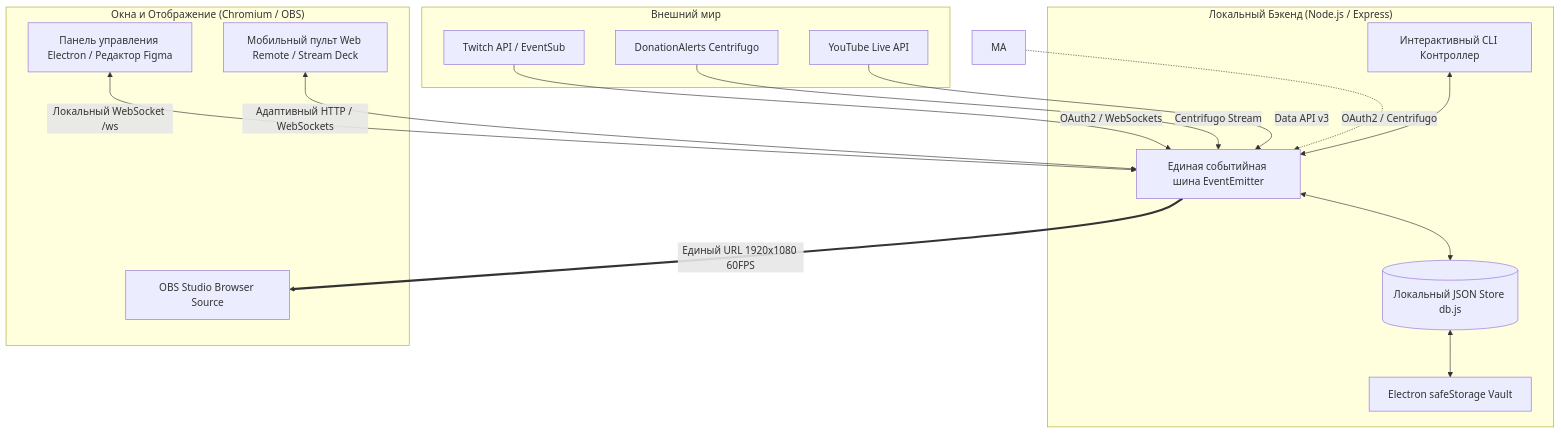
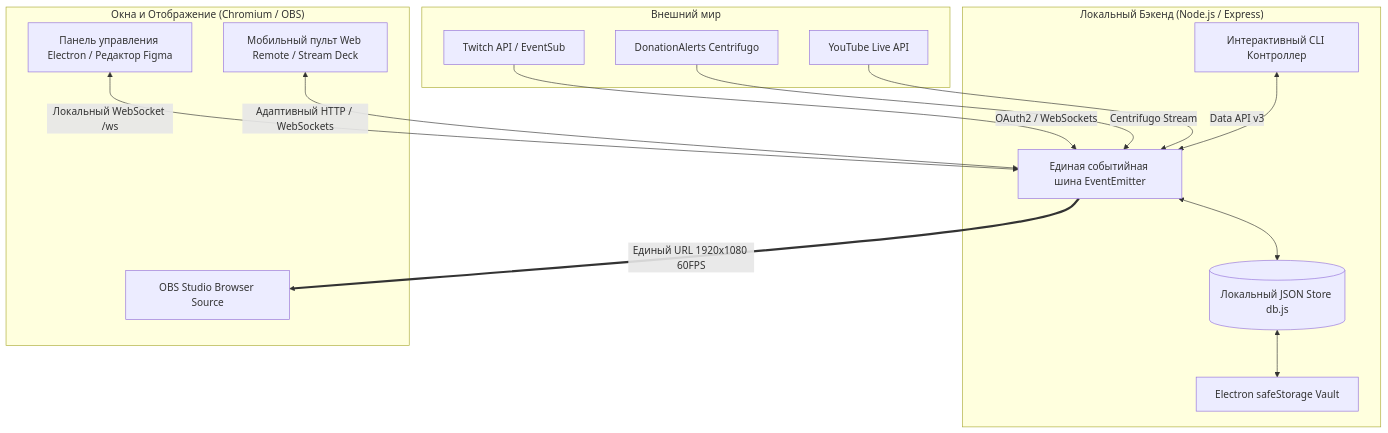
Before and after one commit to Halantar-git/open-stream-environment: the diagram in README.md, drawn with Mermaid.

Commit message:
Remove MA connection from external services diagram
Removed MA connection to OAuth2 / Centrifugo in the external services section.

````diff
--- a/README.md
+++ b/README.md
@@ -248,37 +248,36 @@
 ```mermaid
 graph TD
     subgraph "Внешний мир"
         Twitch[Twitch API / EventSub]
         DA[DonationAlerts Centrifugo]
         YT[YouTube Live API]
     end
 
     subgraph "Локальный Бэкенд (Node.js / Express)"
         Bus[Единая событийная шина EventEmitter]
         DB[(Локальный JSON Store db.js)]
         Crypt[Electron safeStorage Vault]
         CLI[Интерактивный CLI Контроллер]
     end
 
     subgraph "Окна и Отображение (Chromium / OBS)"
         Admin[Панель управления Electron / Редактор Figma]
         Remote[Мобильный пульт Web Remote / Stream Deck]
         OBS[OBS Studio Browser Source]
     end
 
     %% Связи внешних сервисов
     Twitch -->|OAuth2 / WebSockets| Bus
     DA -->|Centrifugo Stream| Bus
     YT -->|Data API v3| Bus
-    MA -.->|OAuth2 / Centrifugo| Bus
 
     %% Связи бэкенда
     Bus <--> DB
     DB <--> Crypt
     CLI <--> Bus
 
     %% Связи отображения
     Admin <-->|Локальный WebSocket /ws| Bus
     Remote <-->|Адаптивный HTTP / WebSockets| Bus
     Bus ==>|Единый URL 1920x1080 60FPS| OBS
 ```
````
